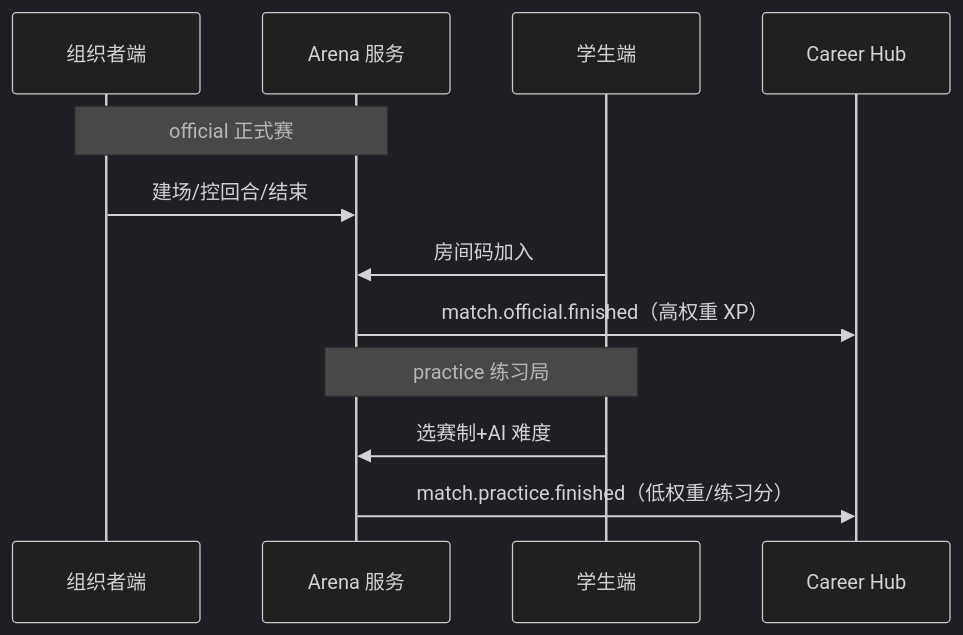
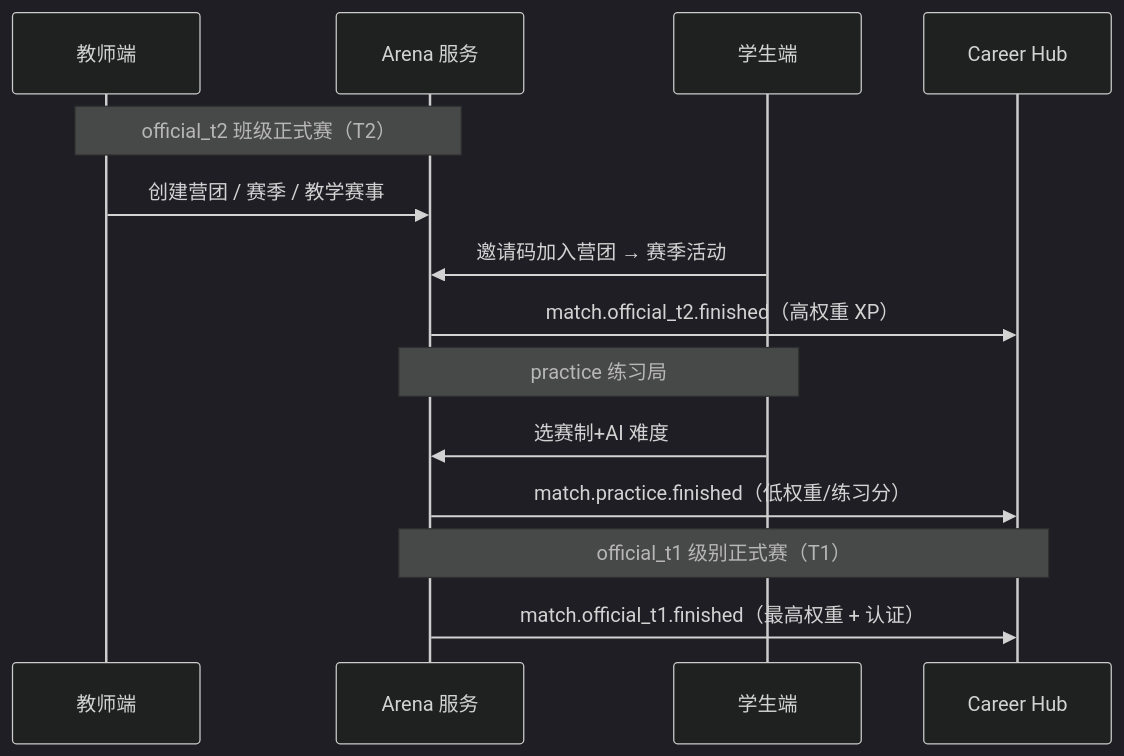
Before and after one commit to lamasaga/businessmatch-v1: the first of 3 diagrams in 02-赛事体系与双端产品.md, drawn with Mermaid (dark theme). The commit also changed other lines of this file and 23 other files, not shown here.

````diff
--- a/02-赛事体系与双端产品.md
+++ b/02-赛事体系与双端产品.md
@@ -70,16 +140,19 @@
 ```mermaid
 sequenceDiagram
-  participant OC as 组织者端
+  participant TC as 教师端
   participant Arena as Arena 服务
   participant SC as 学生端
   participant CH as Career Hub
 
-  Note over OC,Arena: official 正式赛
-  OC->>Arena: 建场/控回合/结束
-  SC->>Arena: 房间码加入
-  Arena->>CH: match.official.finished（高权重 XP）
+  Note over TC,Arena: official_t2 班级正式赛（T2）
+  TC->>Arena: 创建营团 / 赛季 / 教学赛事
+  SC->>Arena: 邀请码加入营团 → 赛季活动
+  Arena->>CH: match.official_t2.finished（高权重 XP）
 
   Note over SC,Arena: practice 练习局
   SC->>Arena: 选赛制+AI 难度
   Arena->>CH: match.practice.finished（低权重/练习分）
+
+  Note over Arena,CH: official_t1 级别正式赛（T1）
+  Arena->>CH: match.official_t1.finished（最高权重 + 认证）
 ```
````
